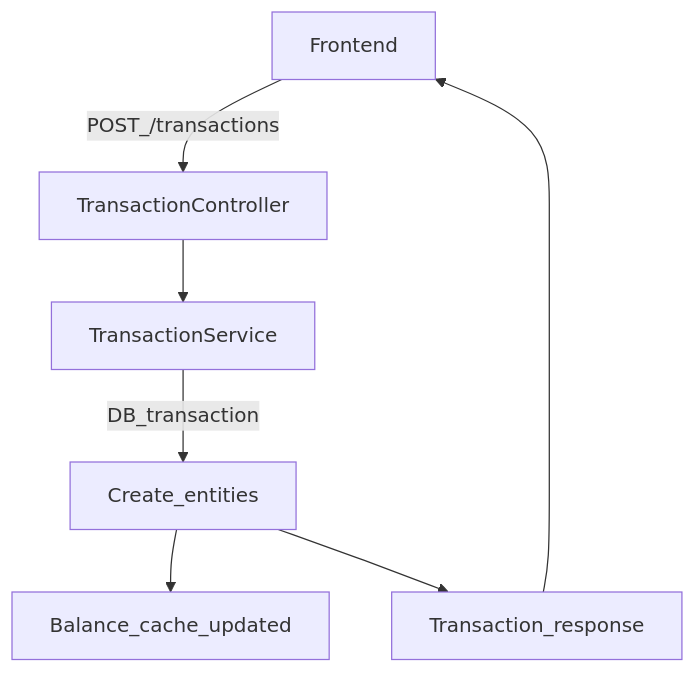
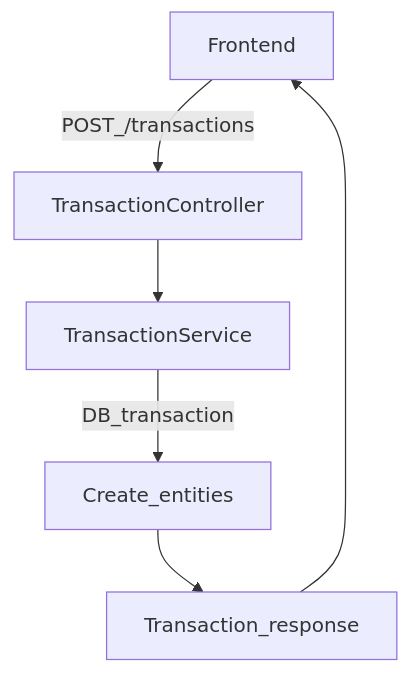
The diagram in backend/docs/content/general/2-key-workflows.md (GEWIS/sudosos), drawn with Mermaid before and after one commit. The commit also changed other lines of this file and 3 other files, not shown here.

````diff
--- a/backend/docs/content/general/2-key-workflows.md
+++ b/backend/docs/content/general/2-key-workflows.md
@@ -35,9 +35,8 @@
 ```mermaid
 flowchart TD
   Client[Frontend] -->|POST_/transactions| Controller[TransactionController]
   Controller --> Service[TransactionService]
   Service -->|DB_transaction| Persist[Create_entities]
-  Persist --> Cache[Balance_cache_updated]
   Persist --> Response[Transaction_response]
   Response --> Client
 ```
````
